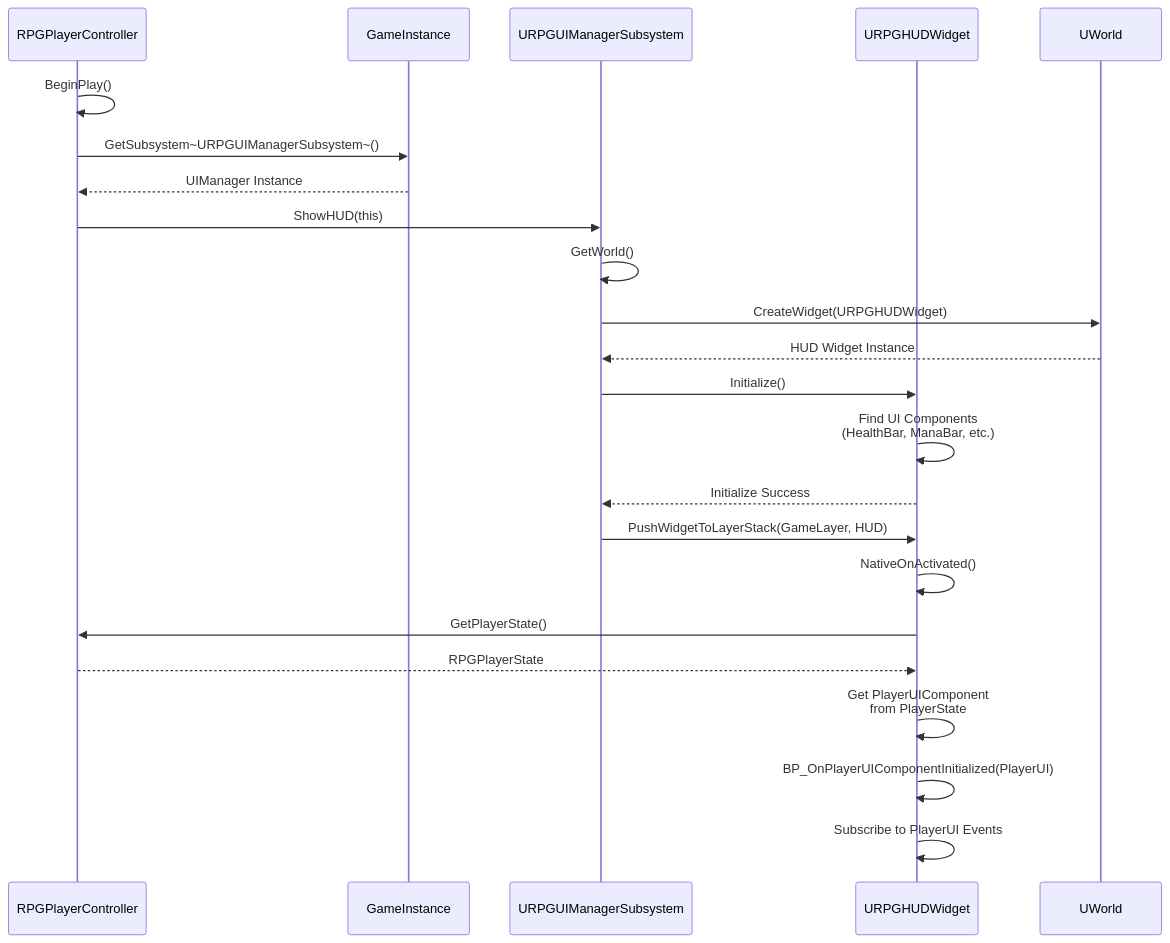
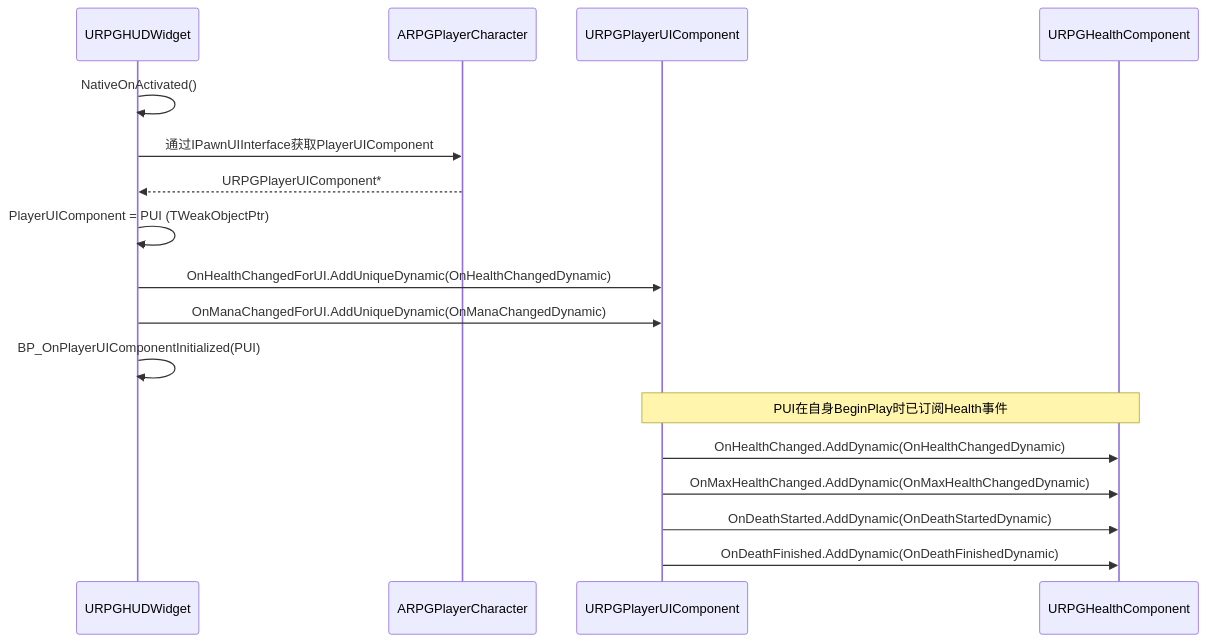
The fourth of 21 diagrams in Source/Docs/DetailedDesign.md (ARK31415/RPG), drawn with Mermaid before and after one commit. The commit also changed other lines of this file and 11 other files, not shown here.

````diff
--- a/Source/Docs/DetailedDesign.md
+++ b/Source/Docs/DetailedDesign.md
@@ -505,26 +243,20 @@
 ```mermaid
 sequenceDiagram
-    participant PC as RPGPlayerController
-    participant GI as GameInstance
-    participant UIS as URPGUIManagerSubsystem
     participant HUD as URPGHUDWidget
-    participant World as UWorld
+    participant Char as ARPGPlayerCharacter
+    participant PUI as URPGPlayerUIComponent
+    participant Health as URPGHealthComponent
     
-    PC->>PC: BeginPlay()
-    PC->>GI: GetSubsystem~URPGUIManagerSubsystem~()
-    GI-->>PC: UIManager Instance
-    PC->>UIS: ShowHUD(this)
-    UIS->>UIS: GetWorld()
-    UIS->>World: CreateWidget(URPGHUDWidget)
-    World-->>UIS: HUD Widget Instance
-    UIS->>HUD: Initialize()
-    HUD->>HUD: Find UI Components<br/>(HealthBar, ManaBar, etc.)
-    HUD-->>UIS: Initialize Success
-    UIS->>HUD: PushWidgetToLayerStack(GameLayer, HUD)
     HUD->>HUD: NativeOnActivated()
-    HUD->>PC: GetPlayerState()
-    PC-->>HUD: RPGPlayerState
-    HUD->>HUD: Get PlayerUIComponent<br/>from PlayerState
-    HUD->>HUD: BP_OnPlayerUIComponentInitialized(PlayerUI)
-    HUD->>HUD: Subscribe to PlayerUI Events
+    HUD->>Char: 通过IPawnUIInterface获取PlayerUIComponent
+    Char-->>HUD: URPGPlayerUIComponent*
+    HUD->>HUD: PlayerUIComponent = PUI (TWeakObjectPtr)
+    HUD->>PUI: OnHealthChangedForUI.AddUniqueDynamic(OnHealthChangedDynamic)
+    HUD->>PUI: OnManaChangedForUI.AddUniqueDynamic(OnManaChangedDynamic)
+    HUD->>HUD: BP_OnPlayerUIComponentInitialized(PUI)
+    Note over PUI,Health: PUI在自身BeginPlay时已订阅Health事件
+    PUI->>Health: OnHealthChanged.AddDynamic(OnHealthChangedDynamic)
+    PUI->>Health: OnMaxHealthChanged.AddDynamic(OnMaxHealthChangedDynamic)
+    PUI->>Health: OnDeathStarted.AddDynamic(OnDeathStartedDynamic)
+    PUI->>Health: OnDeathFinished.AddDynamic(OnDeathFinishedDynamic)
 ```
````
